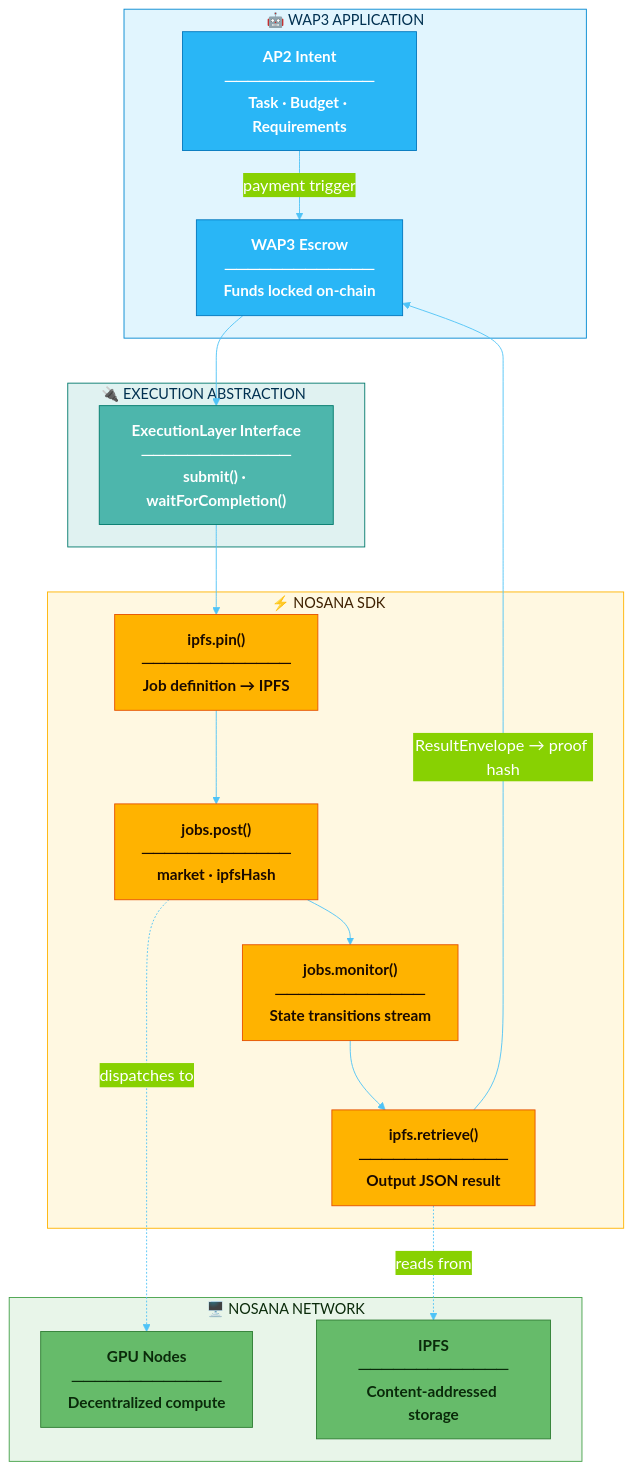
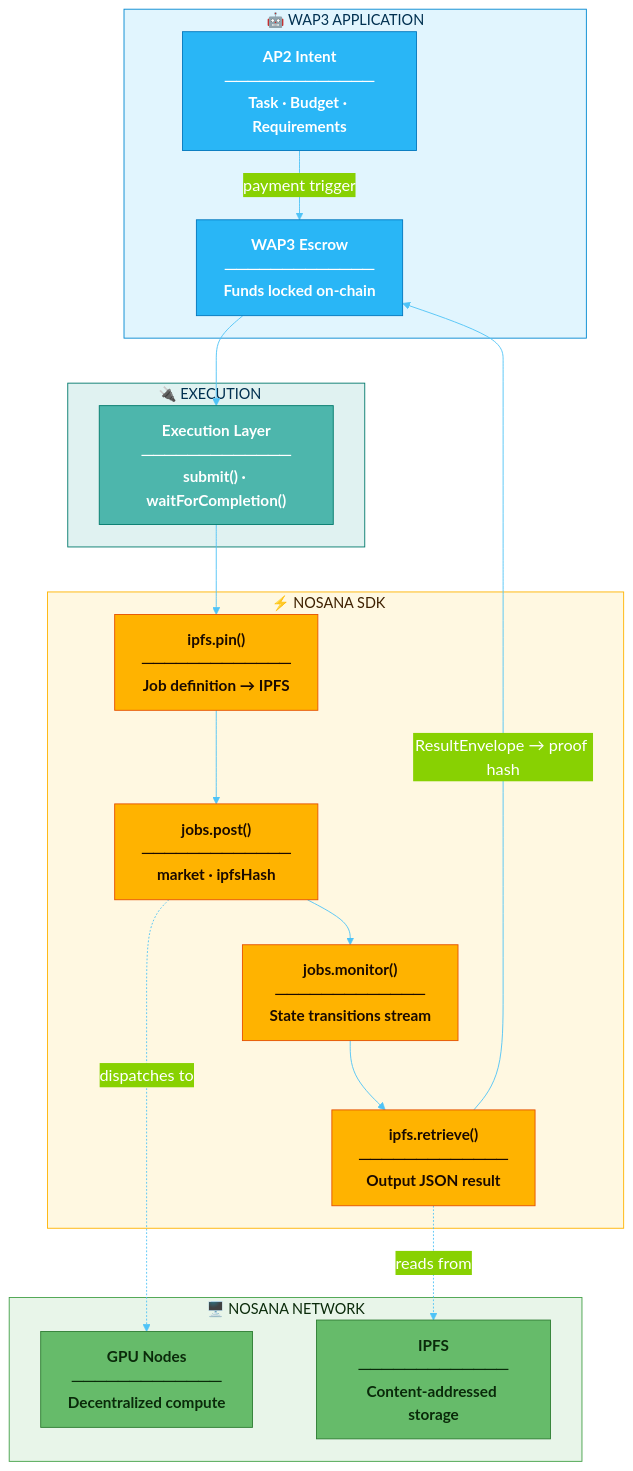
The second of 3 diagrams in docs/NOSANA_INTEGRATION.md (nelsonjingusc/wap3-agent-payment-poc), drawn with Mermaid before and after one commit.

Commit message:
update diagram

````diff
--- a/docs/NOSANA_INTEGRATION.md
+++ b/docs/NOSANA_INTEGRATION.md
@@ -77,56 +77,56 @@
 ```mermaid
 %%{init: {
   "theme": "base",
   "themeVariables": {
     "primaryColor": "#0288D1",
     "primaryTextColor": "#FFFFFF",
     "primaryBorderColor": "#01579B",
     "lineColor": "#4FC3F7",
     "fontFamily": "Inter, system-ui, sans-serif",
     "fontSize": "18px"
   }
 }}%%
 flowchart TB
     subgraph APP["🤖  WAP3 APPLICATION"]
         A1["AP2 Intent<br/>─────────────<br/>Task · Budget · Requirements"]
         A2["WAP3 Escrow<br/>─────────────<br/>Funds locked on-chain"]
         A1 -->|"payment trigger"| A2
     end
 
-    subgraph EXEC["🔌  EXECUTION ABSTRACTION"]
-        I["ExecutionLayer Interface<br/>─────────────<br/>submit() · waitForCompletion()"]
+    subgraph EXEC["🔌  EXECUTION"]
+        I["Execution Layer<br/>─────────────<br/>submit() · waitForCompletion()"]
     end
 
     subgraph NOS["⚡ NOSANA SDK"]
         N1["ipfs.pin()<br/>─────────────<br/>Job definition → IPFS"]
         N2["jobs.post()<br/>─────────────<br/>market · ipfsHash"]
         N3["jobs.monitor()<br/>─────────────<br/>State transitions stream"]
         N4["ipfs.retrieve()<br/>─────────────<br/>Output JSON result"]
         N1 --> N2 --> N3 --> N4
     end
 
     subgraph NET["🖥️  NOSANA NETWORK"]
         G["GPU Nodes<br/>─────────────<br/>Decentralized compute"]
         H["IPFS<br/>─────────────<br/>Content-addressed storage"]
     end
 
     A2 --> I --> N1
     N4 -->|"ResultEnvelope → proof hash"| A2
     N2 -.->|"dispatches to"| G
     N4 -.->|"reads from"| H
 
     classDef appNode fill:#29B6F6,stroke:#0277BD,color:#FFFFFF,font-size:17px,font-weight:bold
     classDef ifaceNode fill:#4DB6AC,stroke:#00796B,color:#FFFFFF,font-size:17px,font-weight:bold
     classDef nosNode fill:#FFB300,stroke:#E65100,color:#1A0A00,font-size:17px,font-weight:bold
     classDef netNode fill:#66BB6A,stroke:#2E7D32,color:#0A2A0A,font-size:17px,font-weight:bold
 
     class A1,A2 appNode
     class I ifaceNode
     class N1,N2,N3,N4 nosNode
     class G,H netNode
 
     style APP fill:#E1F5FE,stroke:#0288D1,color:#003050,font-size:16px
     style EXEC fill:#E0F2F1,stroke:#00796B,color:#003050,font-size:16px
     style NOS fill:#FFF8E1,stroke:#FFB300,color:#3E2000,font-size:16px
     style NET fill:#E8F5E9,stroke:#43A047,color:#0A2A0A,font-size:16px
 ```
````
